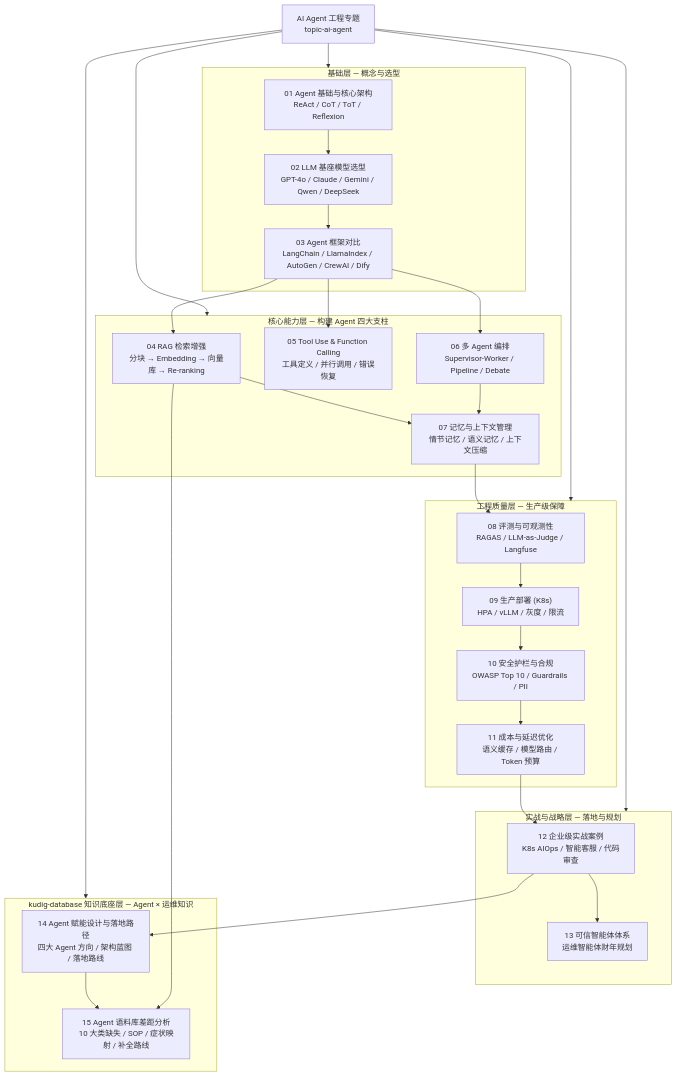
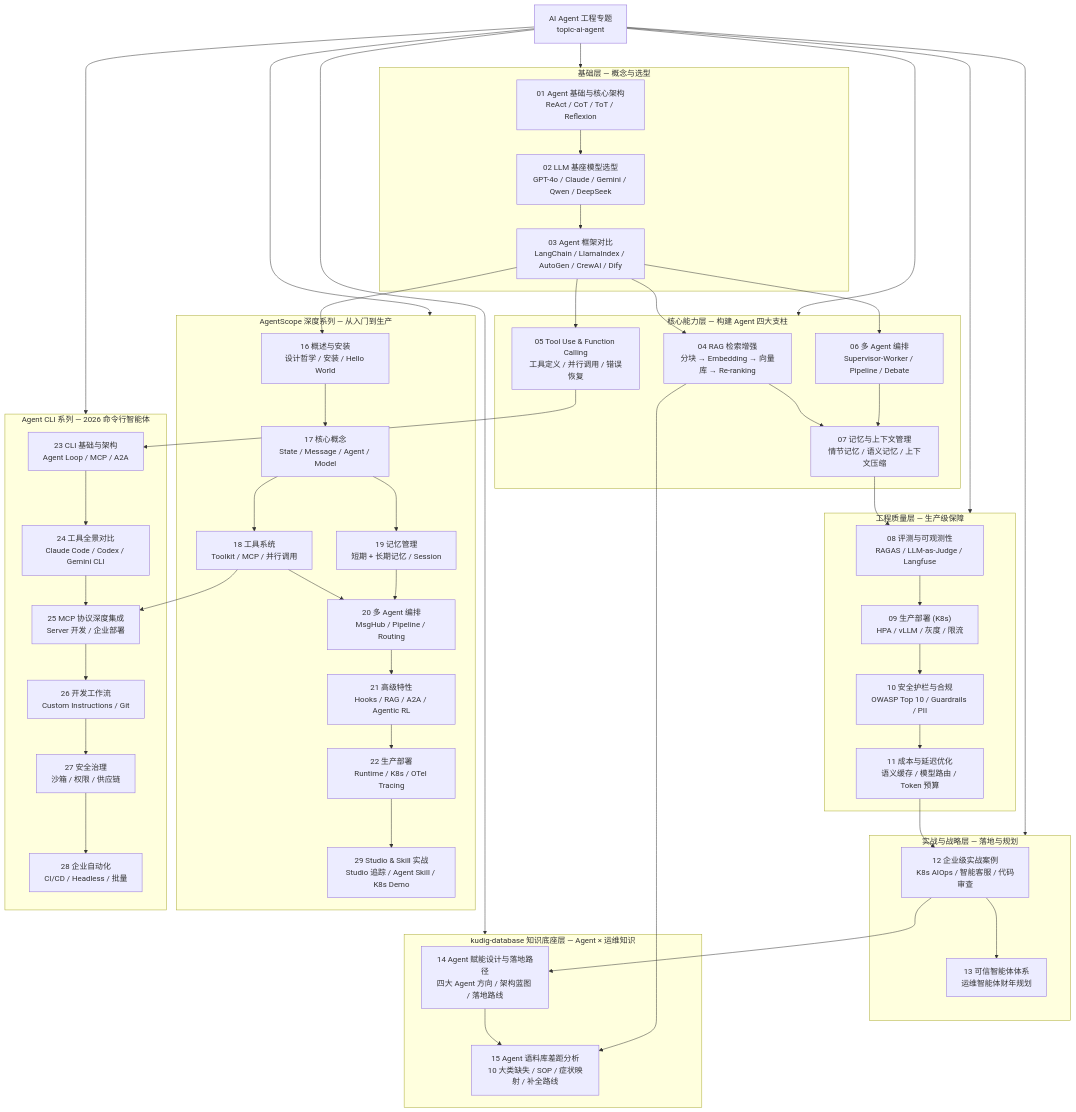
The diagram in topic-ai-agent/README.md (kudig-io/kudig-database), drawn with Mermaid before and after one commit. The commit also changed other lines of this file and 51 other files, not shown here.

````diff
--- a/topic-ai-agent/README.md
+++ b/topic-ai-agent/README.md
@@ -72,11 +88,33 @@
         A15["15 Agent 语料库差距分析<br/>10 大类缺失 / SOP / 症状映射 / 补全路线"]
     end
 
+    subgraph L6["AgentScope 深度系列 — 从入门到生产"]
+        A16["16 概述与安装<br/>设计哲学 / 安装 / Hello World"]
+        A17["17 核心概念<br/>State / Message / Agent / Model"]
+        A18["18 工具系统<br/>Toolkit / MCP / 并行调用"]
+        A19["19 记忆管理<br/>短期 + 长期记忆 / Session"]
+        A20["20 多 Agent 编排<br/>MsgHub / Pipeline / Routing"]
+        A21["21 高级特性<br/>Hooks / RAG / A2A / Agentic RL"]
+        A22["22 生产部署<br/>Runtime / K8s / OTel Tracing"]
+        A29["29 Studio & Skill 实战<br/>Studio 追踪 / Agent Skill / K8s Demo"]
+    end
+
+    subgraph L7["Agent CLI 系列 — 2026 命令行智能体"]
+        A23["23 CLI 基础与架构<br/>Agent Loop / MCP / A2A"]
+        A24["24 工具全景对比<br/>Claude Code / Codex / Gemini CLI"]
+        A25["25 MCP 协议深度集成<br/>Server 开发 / 企业部署"]
+        A26["26 开发工作流<br/>Custom Instructions / Git"]
+        A27["27 安全治理<br/>沙箱 / 权限 / 供应链"]
+        A28["28 企业自动化<br/>CI/CD / Headless / 批量"]
+    end
+
     ROOT --> L1
     ROOT --> L2
     ROOT --> L3
     ROOT --> L4
     ROOT --> L5
+    ROOT --> L6
+    ROOT --> L7
 
     A01 --> A02
     A02 --> A03
@@ -94,4 +132,20 @@
     A14 --> A15
     A04 --> A15
     A12 --> A14
+    A03 --> A16
+    A16 --> A17
+    A17 --> A18
+    A17 --> A19
+    A18 --> A20
+    A19 --> A20
+    A20 --> A21
+    A21 --> A22
+    A22 --> A29
+    A05 --> A23
+    A23 --> A24
+    A24 --> A25
+    A25 --> A26
+    A26 --> A27
+    A27 --> A28
+    A18 --> A25
 ```
````
